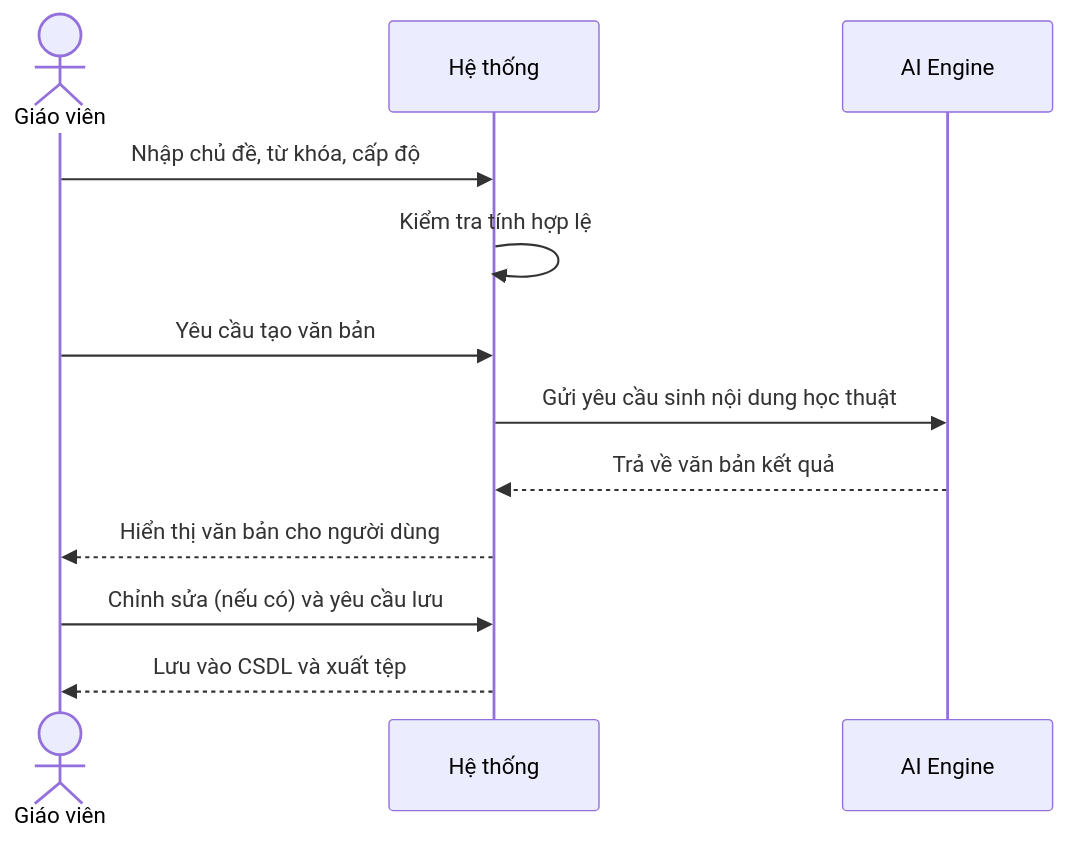
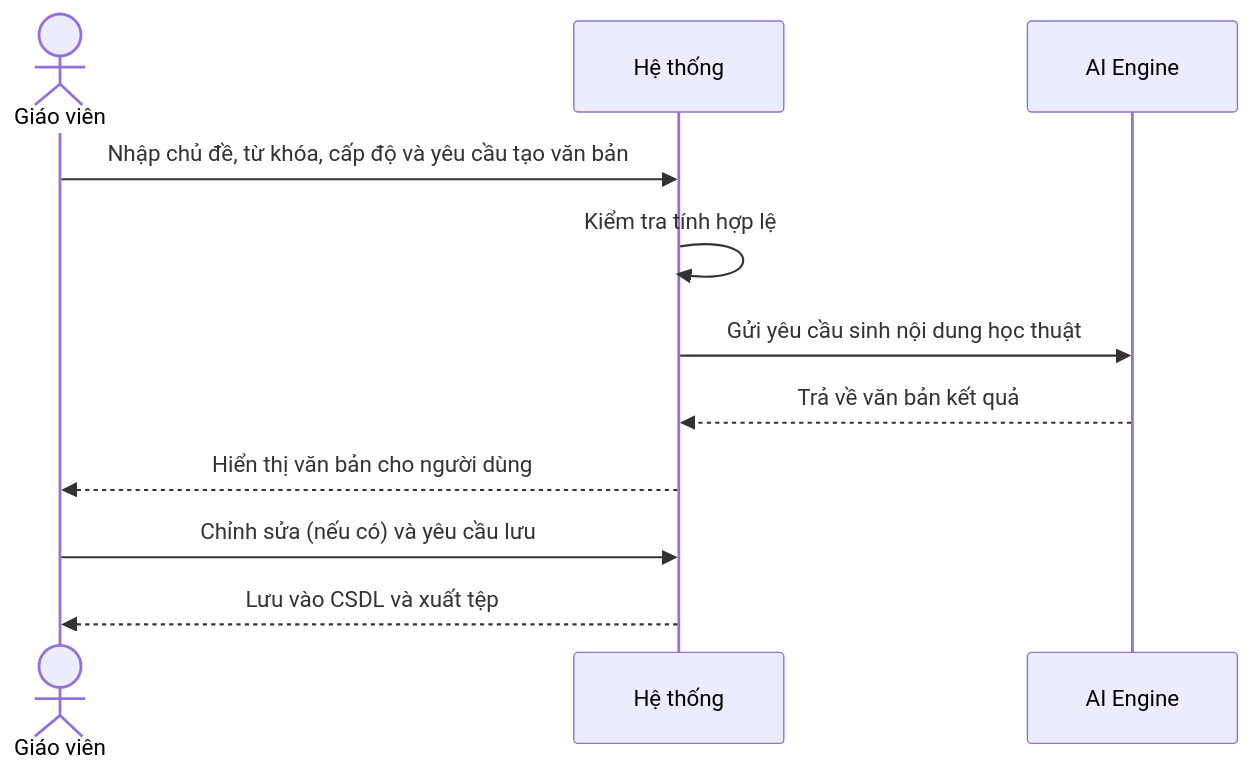
Before and after one commit to Cong-ty-TNNH-Q-Tech/Q-School: the fourth of 6 diagrams in docs/usecase/nhom_1_soan_giang.md, drawn with Mermaid. The commit also changed other lines of this file and 4 other files, not shown here.

Commit message:
docs(usecase): standardize all tables and sequence diagrams, fix temporal logic and AI roles

````diff
--- a/docs/usecase/nhom_1_soan_giang.md
+++ b/docs/usecase/nhom_1_soan_giang.md
@@ -56,15 +114,14 @@
 ```mermaid
 sequenceDiagram
     actor GV as Giáo viên
     participant HT as Hệ thống
     participant AI as AI Engine
 
-    GV->>HT: Nhập chủ đề, từ khóa, cấp độ
+    GV->>HT: Nhập chủ đề, từ khóa, cấp độ và yêu cầu tạo văn bản
     HT->>HT: Kiểm tra tính hợp lệ
-    GV->>HT: Yêu cầu tạo văn bản
     HT->>AI: Gửi yêu cầu sinh nội dung học thuật
     AI-->>HT: Trả về văn bản kết quả
     HT-->>GV: Hiển thị văn bản cho người dùng
     GV->>HT: Chỉnh sửa (nếu có) và yêu cầu lưu
     HT-->>GV: Lưu vào CSDL và xuất tệp
 ```
````
